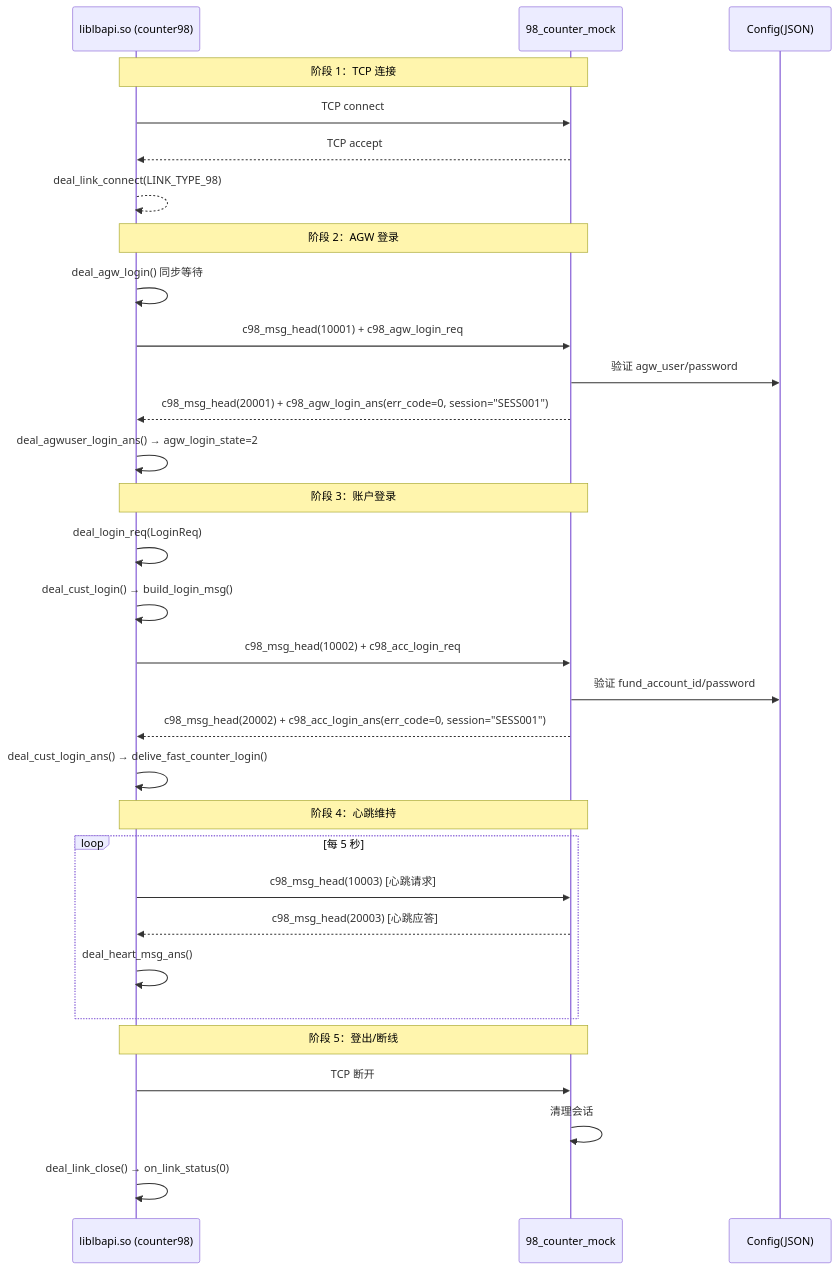
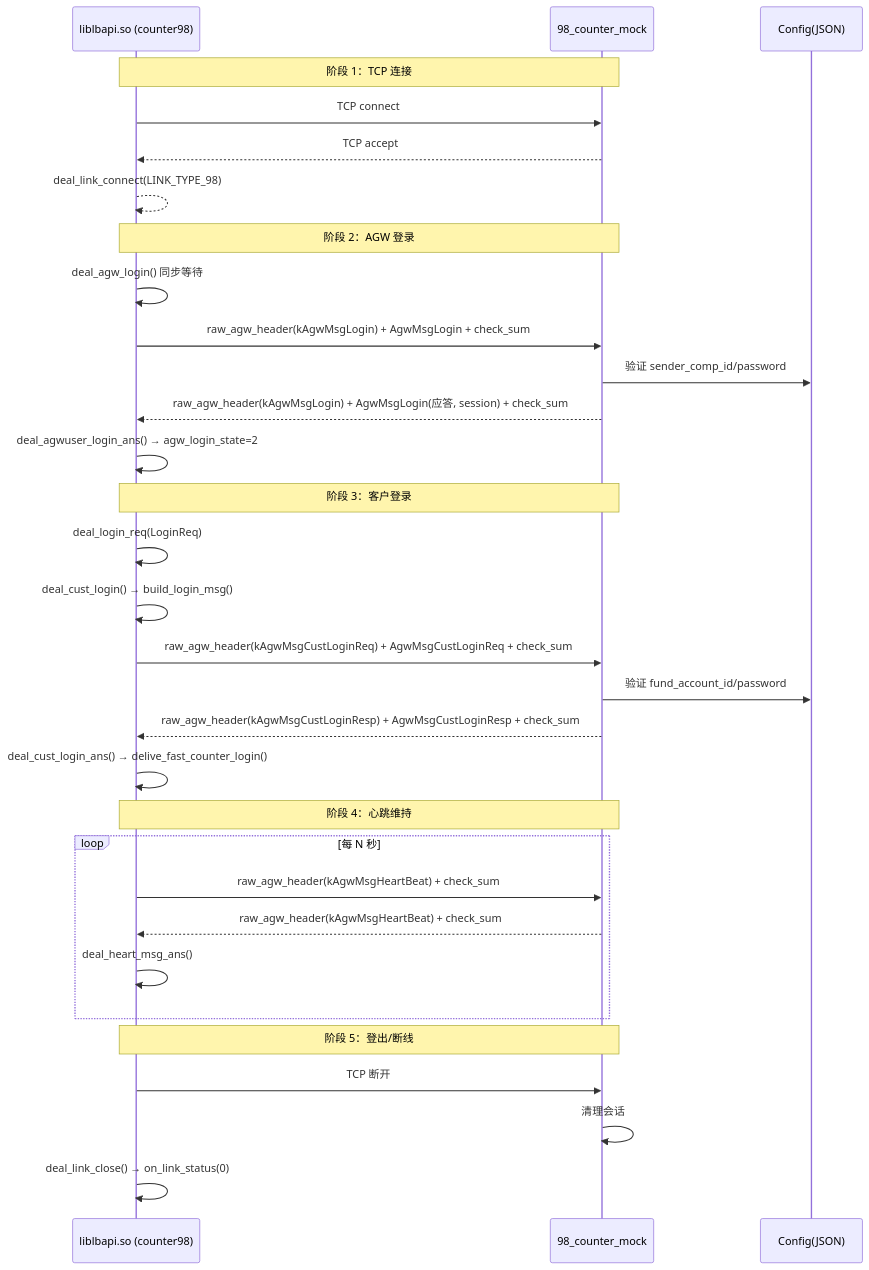
The second of 6 diagrams in trunk/NewAPI/gone/api/mock/98_counter/98_counter_mock_design.md (lishengze/server_9), drawn with Mermaid before and after one commit. The commit also changed other lines of this file and 362 other files, not shown here.

````diff
--- a/trunk/NewAPI/gone/api/mock/98_counter/98_counter_mock_design.md
+++ b/trunk/NewAPI/gone/api/mock/98_counter/98_counter_mock_design.md
@@ -398,38 +455,38 @@
 ```mermaid
 sequenceDiagram
     participant API as liblbapi.so (counter98)
     participant Mock as 98_counter_mock
     participant Cfg as Config(JSON)
 
     Note over API,Mock: 阶段 1：TCP 连接
     API->>Mock: TCP connect
     Mock-->>API: TCP accept
     API-->>API: deal_link_connect(LINK_TYPE_98)
     
     Note over API,Mock: 阶段 2：AGW 登录
     API->>API: deal_agw_login() 同步等待
-    API->>Mock: c98_msg_head(10001) + c98_agw_login_req
-    Mock->>Cfg: 验证 agw_user/password
-    Mock-->>API: c98_msg_head(20001) + c98_agw_login_ans(err_code=0, session="SESS001")
+    API->>Mock: raw_agw_header(kAgwMsgLogin) + AgwMsgLogin + check_sum
+    Mock->>Cfg: 验证 sender_comp_id/password
+    Mock-->>API: raw_agw_header(kAgwMsgLogin) + AgwMsgLogin(应答, session) + check_sum
     API->>API: deal_agwuser_login_ans() → agw_login_state=2
     
-    Note over API,Mock: 阶段 3：账户登录
+    Note over API,Mock: 阶段 3：客户登录
     API->>API: deal_login_req(LoginReq)
     API->>API: deal_cust_login() → build_login_msg()
-    API->>Mock: c98_msg_head(10002) + c98_acc_login_req
+    API->>Mock: raw_agw_header(kAgwMsgCustLoginReq) + AgwMsgCustLoginReq + check_sum
     Mock->>Cfg: 验证 fund_account_id/password
-    Mock-->>API: c98_msg_head(20002) + c98_acc_login_ans(err_code=0, session="SESS001")
+    Mock-->>API: raw_agw_header(kAgwMsgCustLoginResp) + AgwMsgCustLoginResp + check_sum
     API->>API: deal_cust_login_ans() → delive_fast_counter_login()
     
     Note over API,Mock: 阶段 4：心跳维持
-    loop 每 5 秒
-        API->>Mock: c98_msg_head(10003) [心跳请求]
-        Mock-->>API: c98_msg_head(20003) [心跳应答]
+    loop 每 N 秒
+        API->>Mock: raw_agw_header(kAgwMsgHeartBeat) + check_sum
+        Mock-->>API: raw_agw_header(kAgwMsgHeartBeat) + check_sum
         API->>API: deal_heart_msg_ans()
     end
     
     Note over API,Mock: 阶段 5：登出/断线
     API->>Mock: TCP 断开
     Mock->>Mock: 清理会话
     API->>API: deal_link_close() → on_link_status(0)
 ```
````
